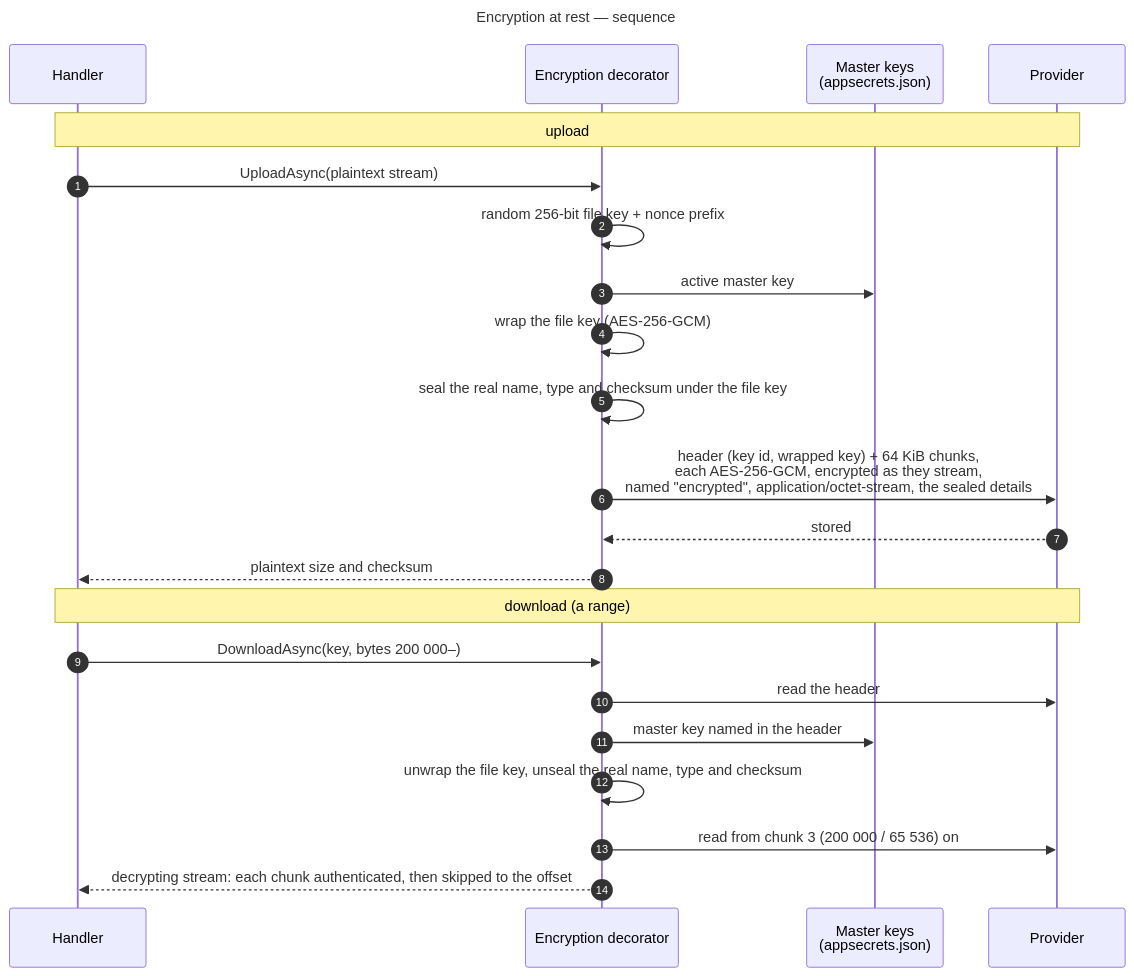
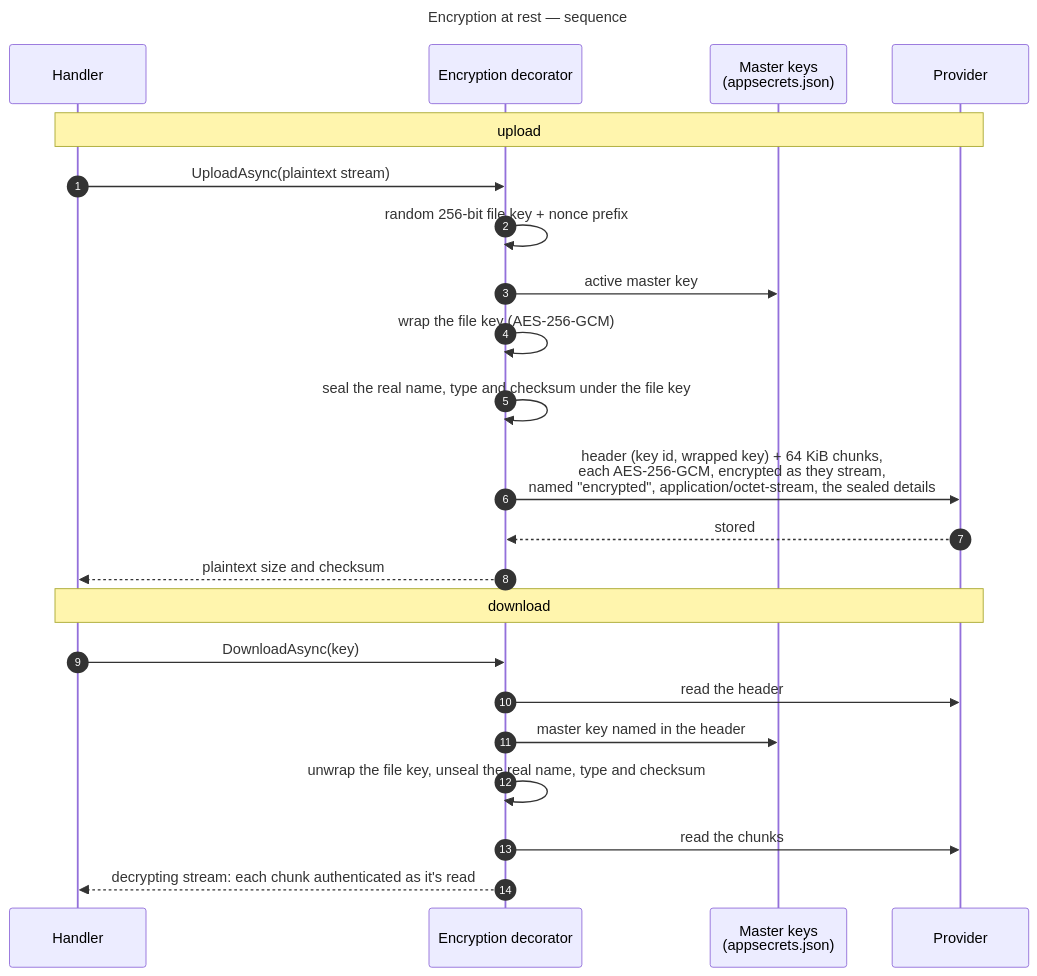
One commit to gmetskhvarishvili/GM.FileStorage.Samples changed diagram 11 of 16 in docs/sequence-diagrams.md. Above: the diagram before and after it, drawn with Mermaid. The commit also changed other lines of this file and 20 other files, not shown here.

````diff
--- a/docs/sequence-diagrams.md
+++ b/docs/sequence-diagrams.md
@@ -363,29 +353,29 @@
 ```mermaid
 ---
 title: Encryption at rest — sequence
 ---
 sequenceDiagram
     autonumber
     participant H as Handler
     participant E as Encryption decorator
     participant K as Master keys<br/>(appsecrets.json)
     participant P as Provider
 
     Note over H,P: upload
     H->>E: UploadAsync(plaintext stream)
     E->>E: random 256-bit file key + nonce prefix
     E->>K: active master key
     E->>E: wrap the file key (AES-256-GCM)
     E->>E: seal the real name, type and checksum under the file key
     E->>P: header (key id, wrapped key) + 64 KiB chunks,<br/>each AES-256-GCM, encrypted as they stream,<br/>named "encrypted", application/octet-stream, the sealed details
     P-->>E: stored
     E-->>H: plaintext size and checksum
 
-    Note over H,P: download (a range)
-    H->>E: DownloadAsync(key, bytes 200 000–)
+    Note over H,P: download
+    H->>E: DownloadAsync(key)
     E->>P: read the header
     E->>K: master key named in the header
     E->>E: unwrap the file key, unseal the real name, type and checksum
-    E->>P: read from chunk 3 (200 000 / 65 536) on
-    E-->>H: decrypting stream: each chunk authenticated, then skipped to the offset
+    E->>P: read the chunks
+    E-->>H: decrypting stream: each chunk authenticated as it's read
 ```
````
